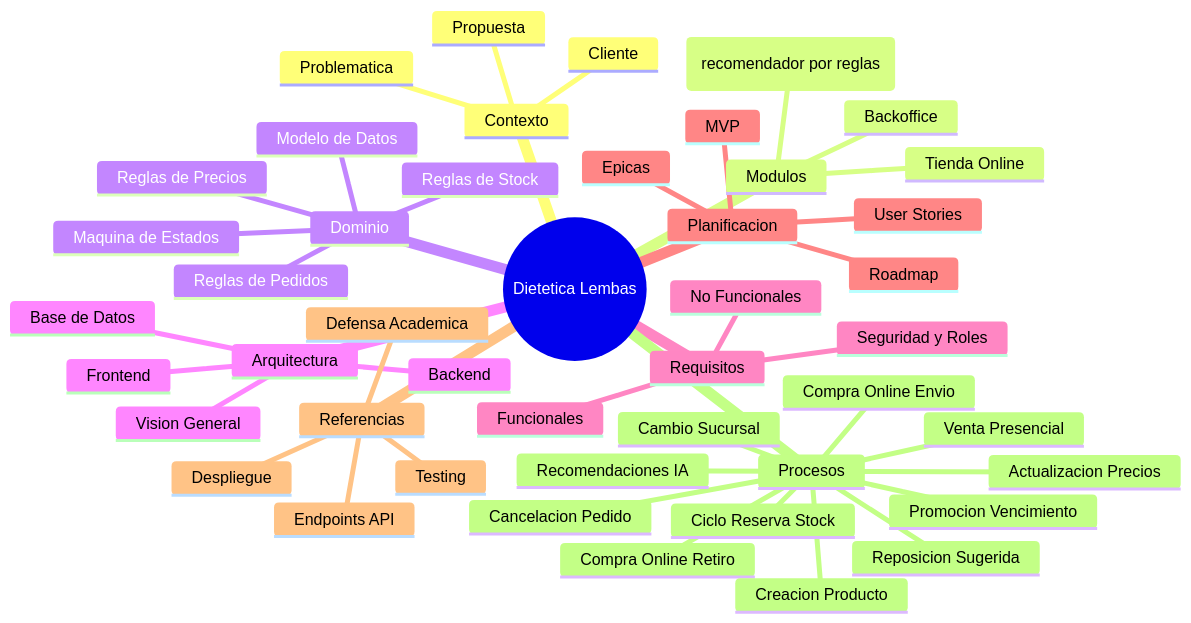
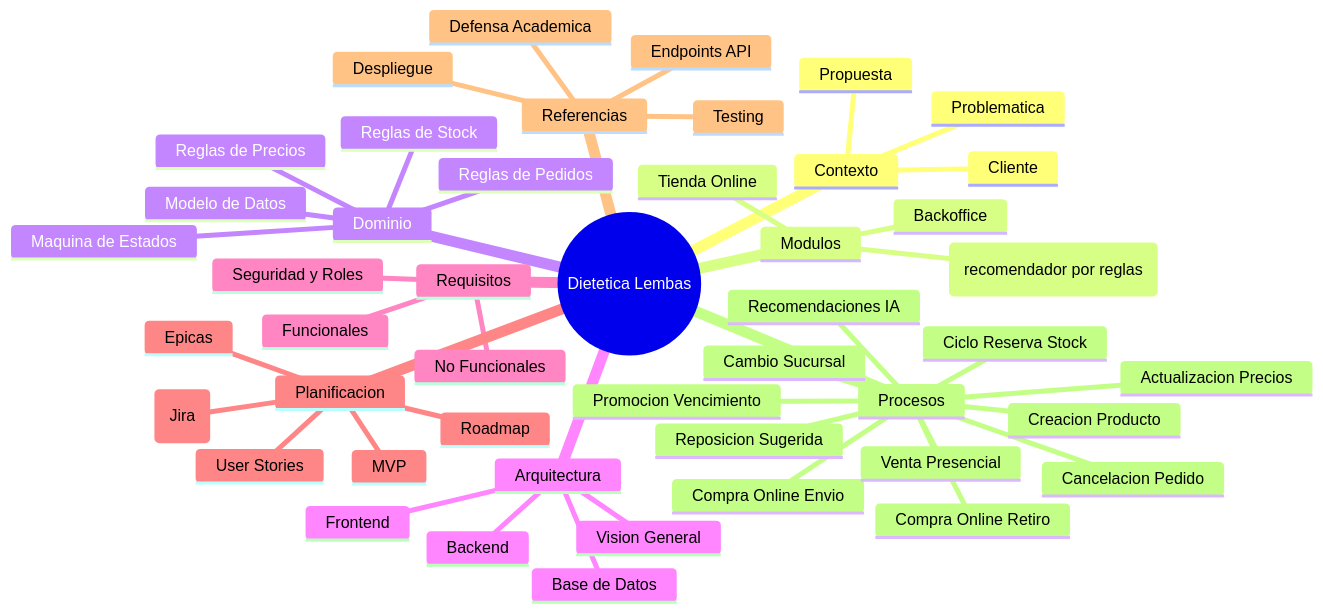
The diagram in Documentation/Dietetica Lembas/_Index.md (NachoOsella/tfi-lembas), drawn with Mermaid before and after one commit. The commit also changed other lines of this file and 41 other files, not shown here.

````diff
--- a/Documentation/Dietetica Lembas/_Index.md
+++ b/Documentation/Dietetica Lembas/_Index.md
@@ -24,50 +24,51 @@
 ```mermaid
 %%{init: {"theme": "base", "themeVariables": {"darkMode": true, "background": "#1d2021", "primaryColor": "#32302f", "primaryTextColor": "#d4be98", "primaryBorderColor": "#d4be98", "lineColor": "#d4be98", "secondaryColor": "#32302f", "tertiaryColor": "#1d2021", "textColor": "#d4be98", "noteBkgColor": "#32302f", "noteTextColor": "#d4be98", "noteBorderColor": "#d8a657", "actorBkg": "#32302f", "actorTextColor": "#d4be98", "actorLineColor": "#d4be98", "signalColor": "#7daea3", "signalTextColor": "#d4be98", "labelBoxBkgColor": "#32302f", "labelBoxBorderColor": "#d4be98", "labelTextColor": "#d4be98", "loopTextColor": "#d4be98"}}%%
 mindmap
   root((Dietetica Lembas))
     Contexto
       Cliente
       Problematica
       Propuesta
     Modulos
       Tienda Online
       Backoffice
       Asistente Inteligente (recomendador por reglas)
     Dominio
       Modelo de Datos
       Reglas de Stock
       Reglas de Precios
       Reglas de Pedidos
       Maquina de Estados
     Arquitectura
       Vision General
       Backend
       Frontend
       Base de Datos
     Requisitos
       Funcionales
       No Funcionales
       Seguridad y Roles
     Planificacion
       MVP
       Epicas
       User Stories
       Roadmap
+      Plan Scrum (Jira)
     Referencias
       Endpoints API
       Testing
       Despliegue
       Defensa Academica
     Procesos
       Compra Online Retiro
       Compra Online Envio
       Venta Presencial
       Actualizacion Precios
       Cancelacion Pedido
       Reposicion Sugerida
       Promocion Vencimiento
       Recomendaciones IA
       Cambio Sucursal
       Ciclo Reserva Stock
       Creacion Producto
 ```
````
